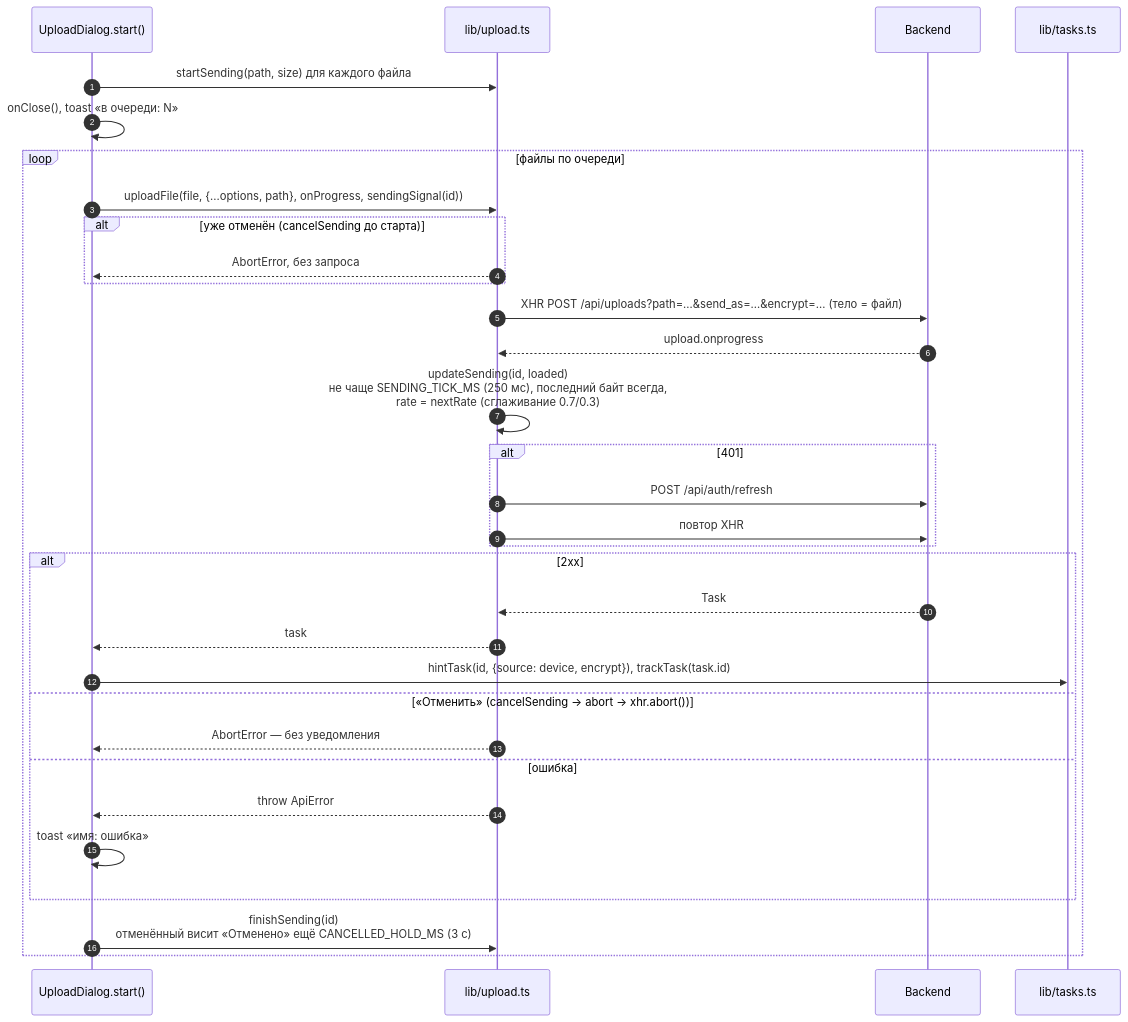
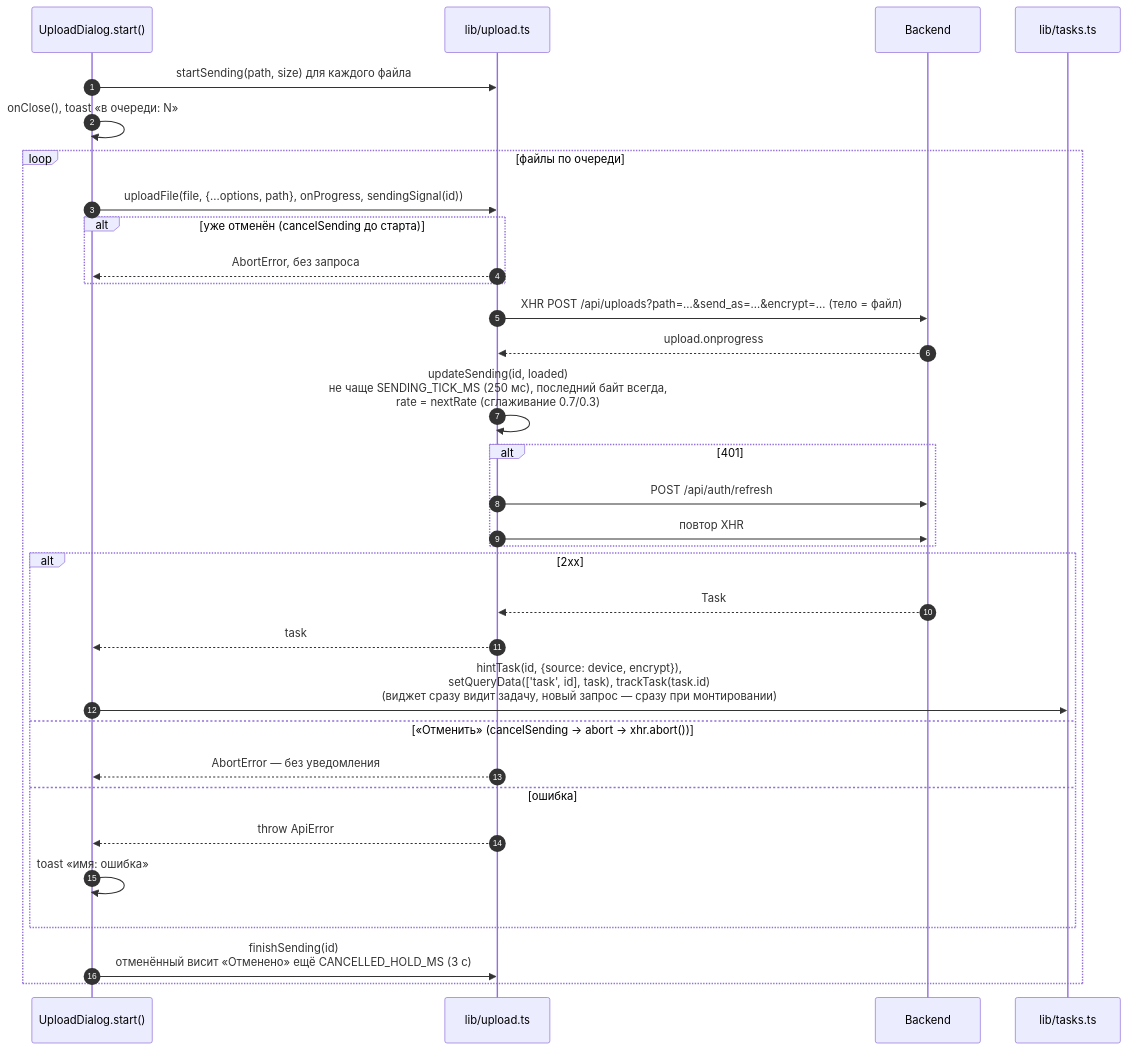
Before and after one commit to NikitkaZXC/tcloud-frontend: the second of 6 diagrams in docs/uploads-and-tasks.md, drawn with Mermaid. The commit also changed other lines of this file and 9 other files, not shown here.

````diff
--- a/docs/uploads-and-tasks.md
+++ b/docs/uploads-and-tasks.md
@@ -46,34 +46,34 @@
 ```mermaid
 sequenceDiagram
     autonumber
     participant D as UploadDialog.start()
     participant U as lib/upload.ts
     participant B as Backend
     participant T as lib/tasks.ts
     D->>U: startSending(path, size) для каждого файла
     D->>D: onClose(), toast «в очереди: N»
     loop файлы по очереди
         D->>U: uploadFile(file, {...options, path}, onProgress, sendingSignal(id))
         alt уже отменён (cancelSending до старта)
             U-->>D: AbortError, без запроса
         end
         U->>B: XHR POST /api/uploads?path=…&send_as=…&encrypt=… (тело = файл)
         B-->>U: upload.onprogress
         U->>U: updateSending(id, loaded)<br/>не чаще SENDING_TICK_MS (250 мс), последний байт всегда,<br/>rate = nextRate (сглаживание 0.7/0.3)
         alt 401
             U->>B: POST /api/auth/refresh
             U->>B: повтор XHR
         end
         alt 2xx
             B-->>U: Task
             U-->>D: task
-            D->>T: hintTask(id, {source: device, encrypt}), trackTask(task.id)
+            D->>T: hintTask(id, {source: device, encrypt}),<br/>setQueryData(['task', id], task), trackTask(task.id)<br/>(виджет сразу видит задачу, новый запрос — сразу при монтировании)
         else «Отменить» (cancelSending → abort → xhr.abort())
             U-->>D: AbortError — без уведомления
         else ошибка
             U-->>D: throw ApiError
             D->>D: toast «имя: ошибка»
         end
         D->>U: finishSending(id)<br/>отменённый висит «Отменено» ещё CANCELLED_HOLD_MS (3 с)
     end
 ```
````
